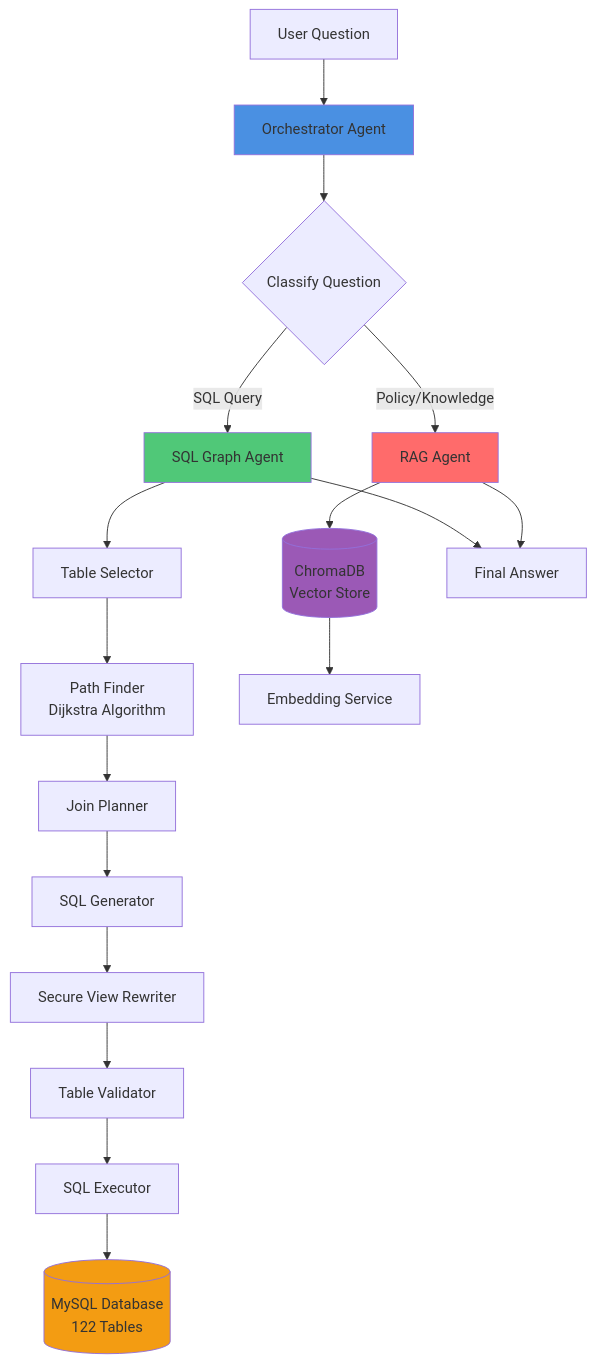
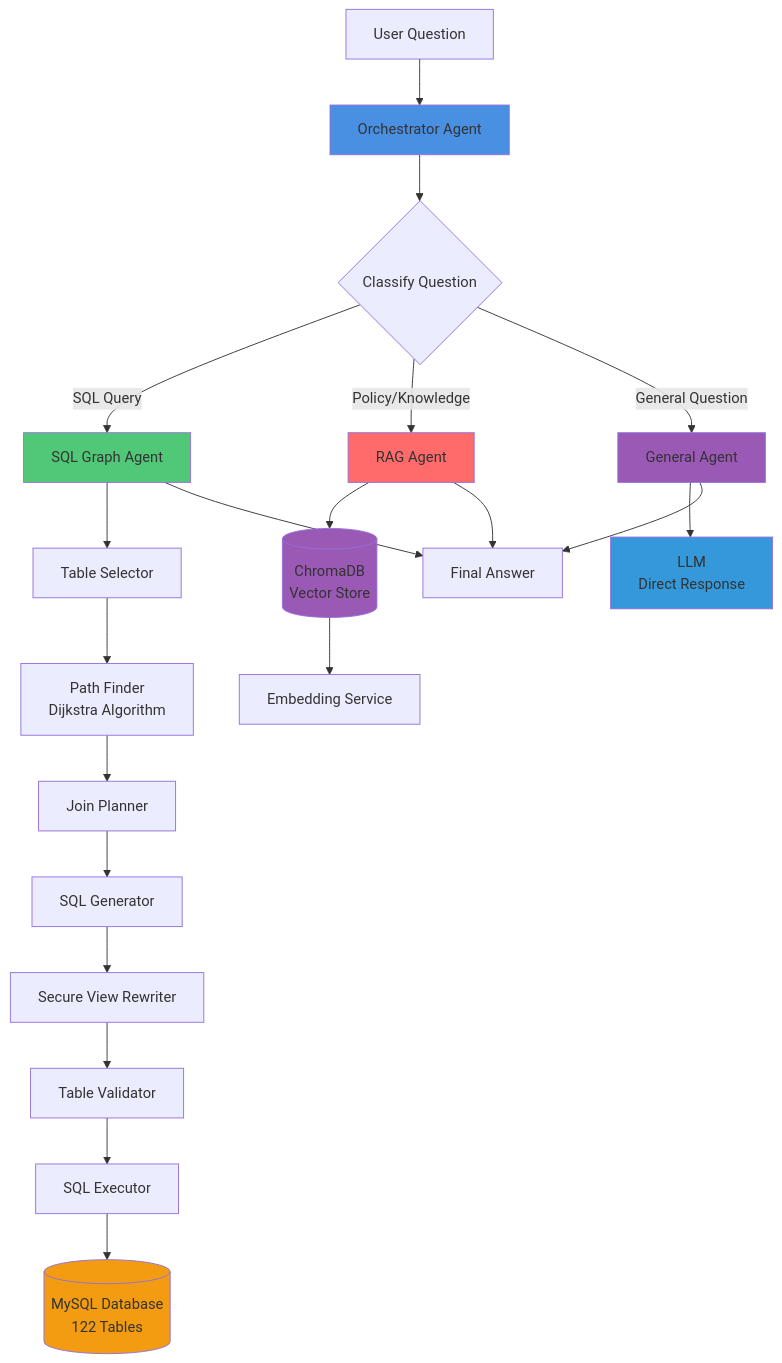
One commit to sandinosaso/advanced-ai-agent changed the second of 14 diagrams in docs/ARCHITECTURE.md. Above: the diagram before and after it, drawn with Mermaid. The commit also changed other lines of this file and 4 other files, not shown here.

Commit message:
General questions flow enabled and working

````diff
--- a/docs/ARCHITECTURE.md
+++ b/docs/ARCHITECTURE.md
@@ -69,28 +69,34 @@
 ```mermaid
 graph TB
     User[User Question] --> Orchestrator[Orchestrator Agent]
     Orchestrator --> Classify{Classify Question}
     Classify -->|SQL Query| SQLAgent[SQL Graph Agent]
     Classify -->|Policy/Knowledge| RAGAgent[RAG Agent]
+    Classify -->|General Question| GeneralAgent[General Agent]
     
     SQLAgent --> TableSelector[Table Selector]
     TableSelector --> PathFinder[Path Finder<br/>Dijkstra Algorithm]
     PathFinder --> JoinPlanner[Join Planner]
     JoinPlanner --> SQLGen[SQL Generator]
     SQLGen --> SecureRewrite[Secure View Rewriter]
     SecureRewrite --> Validator[Table Validator]
     Validator --> Executor[SQL Executor]
     Executor --> MySQL[(MySQL Database<br/>122 Tables)]
     
     RAGAgent --> VectorStore[(ChromaDB<br/>Vector Store)]
     VectorStore --> Embeddings[Embedding Service]
     
+    GeneralAgent --> LLM[LLM<br/>Direct Response]
+    
     SQLAgent --> Result[Final Answer]
     RAGAgent --> Result
+    GeneralAgent --> Result
     
     style Orchestrator fill:#4A90E2
     style SQLAgent fill:#50C878
     style RAGAgent fill:#FF6B6B
+    style GeneralAgent fill:#9B59B6
     style MySQL fill:#F39C12
     style VectorStore fill:#9B59B6
+    style LLM fill:#3498DB
 ```
````
